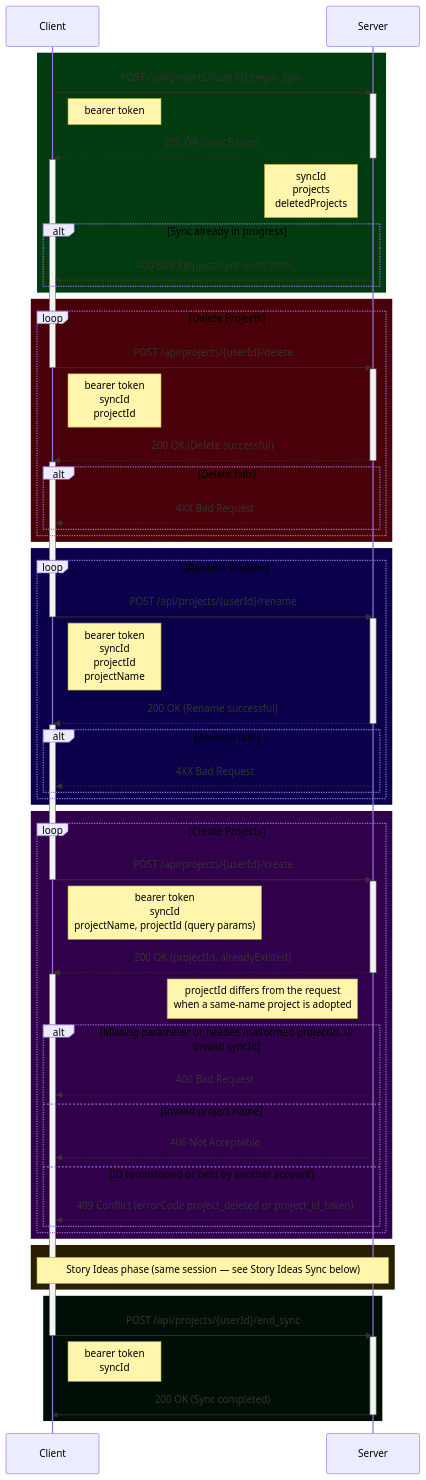
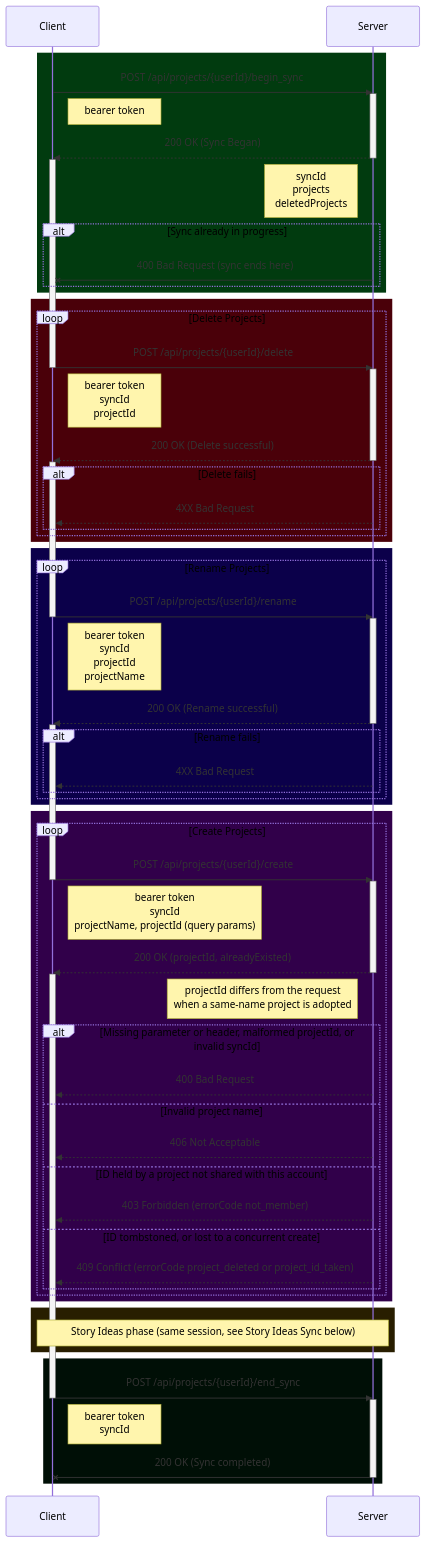
Before and after one commit to Darkrock-Studios/hammer-editor: the first of 10 diagrams in docs/SYNCING-PROTOCOL.md, drawn with Mermaid. The commit also changed other lines of this file and 1 other file, not shown here.

First line of the commit message:
Co-authoring docs: membership, leave, parked projects and the sync switch

````diff
--- a/docs/SYNCING-PROTOCOL.md
+++ b/docs/SYNCING-PROTOCOL.md
@@ -102,81 +115,83 @@
 ```mermaid
 sequenceDiagram
 	participant Client as Client
 	participant Server as Server
 
 	rect rgb(1, 59, 15)
 		Client ->> Server: POST /api/projects/{userId}/begin_sync
 		activate Server
 		Note right of Client: bearer token
 		Server -->> Client: 200 OK (Sync Began)
 		deactivate Server
 		activate Client
 		Note left of Server: syncId<br/>projects<br/>deletedProjects
 		alt Sync already in progress
 			Server -x Client: 400 Bad Request (sync ends here)
 		end
 	end
 	rect rgb(74, 0, 9)
 		loop Delete Projects
 			Client ->> Server: POST /api/projects/{userId}/delete
 			deactivate Client
 			activate Server
 			Note right of Client: bearer token <br/> syncId <br/> projectId
 			Server -->> Client: 200 OK (Delete successful)
 			deactivate Server
 			activate Client
 			alt Delete fails
 				Server -->> Client: 4XX Bad Request
 			end
 		end
 	end
 
 	rect rgb(11, 0, 74)
 		loop Rename Projects
 			Client ->> Server: POST /api/projects/{userId}/rename
 			deactivate Client
 			activate Server
 			Note right of Client: bearer token <br/> syncId <br/> projectId <br/> projectName
 			Server -->> Client: 200 OK (Rename successful)
 			deactivate Server
 			activate Client
 			alt Rename fails
 				Server -->> Client: 4XX Bad Request
 			end
 		end
 	end
 
 	rect rgb(49, 0, 74)
 		loop Create Projects
 			Client ->> Server: POST /api/projects/{userId}/create
 			deactivate Client
 			activate Server
 			Note right of Client: bearer token <br/> syncId <br/> projectName, projectId (query params)
 			Server -->> Client: 200 OK (projectId, alreadyExisted)
 			deactivate Server
 			activate Client
 			Note left of Server: projectId differs from the request<br/>when a same-name project is adopted
 			alt Missing parameter or header, malformed projectId, or invalid syncId
 				Server -->> Client: 400 Bad Request
 			else Invalid project name
 				Server -->> Client: 406 Not Acceptable
-			else ID tombstoned or held by another account
+			else ID held by a project not shared with this account
+				Server -->> Client: 403 Forbidden (errorCode not_member)
+			else ID tombstoned, or lost to a concurrent create
 				Server -->> Client: 409 Conflict (errorCode project_deleted or project_id_taken)
 			end
 		end
 	end
 
 	rect rgb(40, 30, 0)
-		Note over Client,Server: Story Ideas phase (same session — see Story Ideas Sync below)
+		Note over Client,Server: Story Ideas phase (same session, see Story Ideas Sync below)
 	end
 
 	rect rgb(0, 15, 6)
 		Client ->> Server: POST /api/projects/{userId}/end_sync
 		deactivate Client
 		activate Server
 		Note right of Client: bearer token <br/> syncId
 		Server -x Client: 200 OK (Sync completed)
 		deactivate Server
 	end
 
 ```
````
